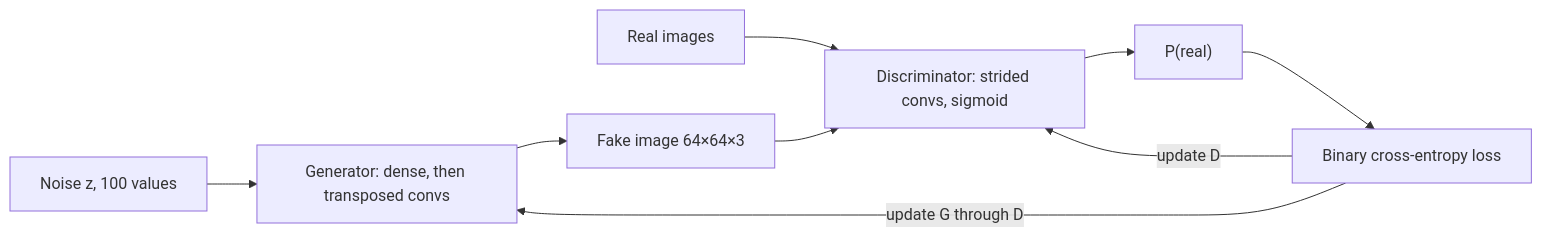
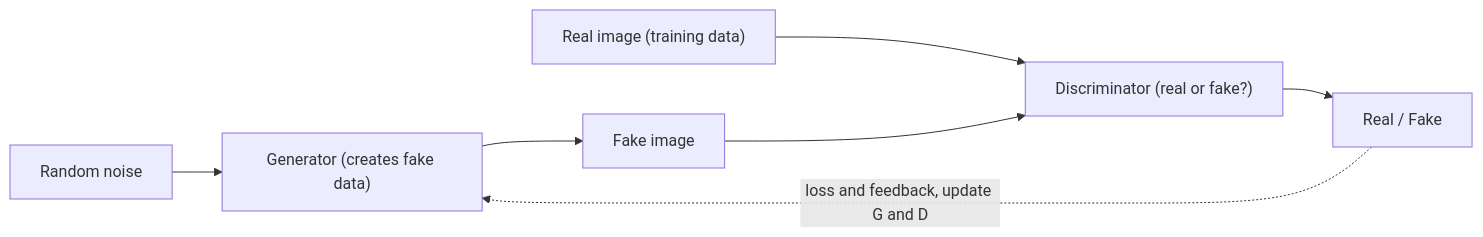
Before and after one commit to TrendySloth1001/sem-seven-notes: the diagram in content/deep-learning/pyq/2025-05/q5b.mdx, drawn with Mermaid. The commit also changed other lines of this file and 168 other files, not shown here.

Commit message:
Rewrite the Module 1, activation, loss and GAN notes and their 25 answers from the teachers' class files. They keep the teacher's definitions, use 80 of their figures with class-notes citations only, and fix the slide errors in the XOR, NAND, loss and KL formulas.

````diff
--- a/content/deep-learning/pyq/2025-05/q5b.mdx
+++ b/content/deep-learning/pyq/2025-05/q5b.mdx
@@ -21,12 +11,10 @@
 ```mermaid
-%% caption: GAN architecture (DCGAN style). The discriminator judges real and fake images; its loss trains both networks.
+%% caption: GAN architecture. The discriminator sees both the fake image from the generator and the real image from the dataset.
 flowchart LR
-  Z["Noise z, 100 values"] --> G["Generator: dense, then transposed convs"]
-  G --> F["Fake image 64×64×3"]
-  R["Real images"] --> D["Discriminator: strided convs, sigmoid"]
+  N["Random noise"] --> G["Generator (creates fake data)"]
+  G --> F["Fake image"]
+  R["Real image (training data)"] --> D["Discriminator (real or fake?)"]
   F --> D
-  D --> P["P(real)"]
-  P --> L["Binary cross-entropy loss"]
-  L -- "update D" --> D
-  L -- "update G through D" --> G
+  D --> O["Real / Fake"]
+  O -. "loss and feedback, update G and D" .-> G
 ```
````
